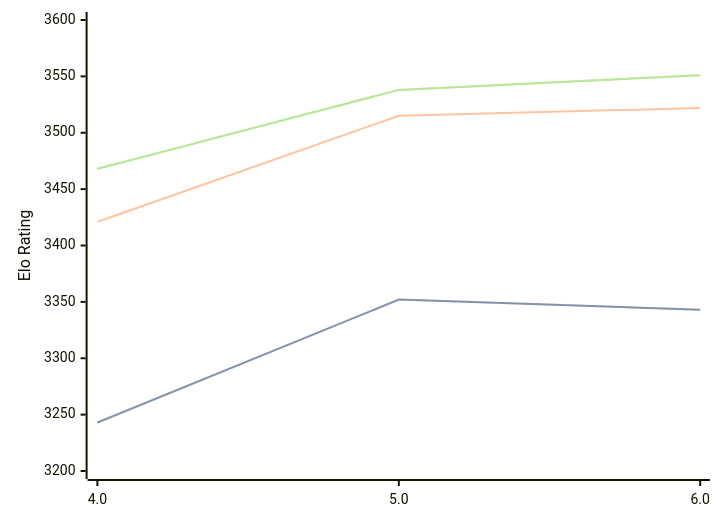
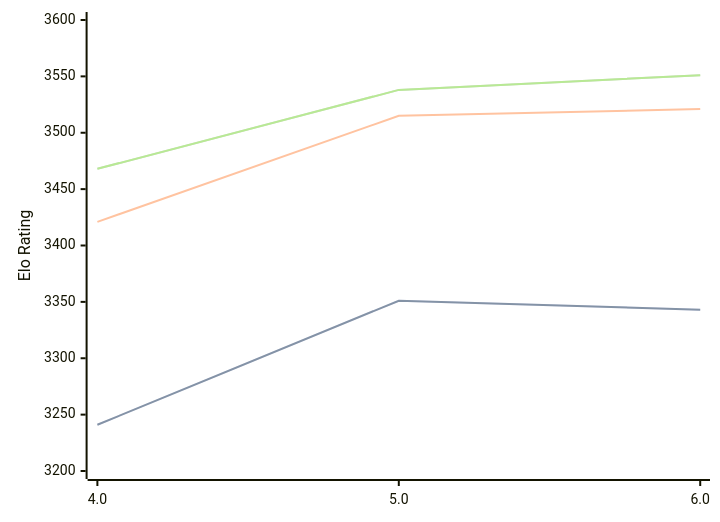
Before and after one commit to computer-chess-index/cci: the third of 3 diagrams in engines/Tarnished.md, drawn with Mermaid. The commit also changed other lines of this file, not shown here.

````diff
--- a/engines/Tarnished.md
+++ b/engines/Tarnished.md
@@ -70,11 +70,11 @@
 ```mermaid
 %%{init: {"theme":"base","themeVariables":{"seriesColors:['#a3a3a3','#222221','#faa371']}}}%%
 xychart-beta
   x-axis ["4.0", "5.0", "6.0"]
   y-axis "Elo Rating" 3200 --> 3600
-  line "STC (8.0+0.08s)" [3243, 3352, 3343]
-  line "STC (8.0+0.08s)" [3243, 3352, 3343]
-  line "LTC (60.0+0.60s)" [3421, 3515, 3522]
+  line "STC (8.0+0.08s)" [3241, 3351, 3343]
+  line "STC (8.0+0.08s)" [3241, 3351, 3343]
+  line "LTC (60.0+0.60s)" [3421, 3515, 3521]
   line "VLTC (2m24s+1.12s)" [3468, 3538, 3551]
   line "VLTC (2m24s+1.12s)" [3468, 3538, 3551]
 ```
````
